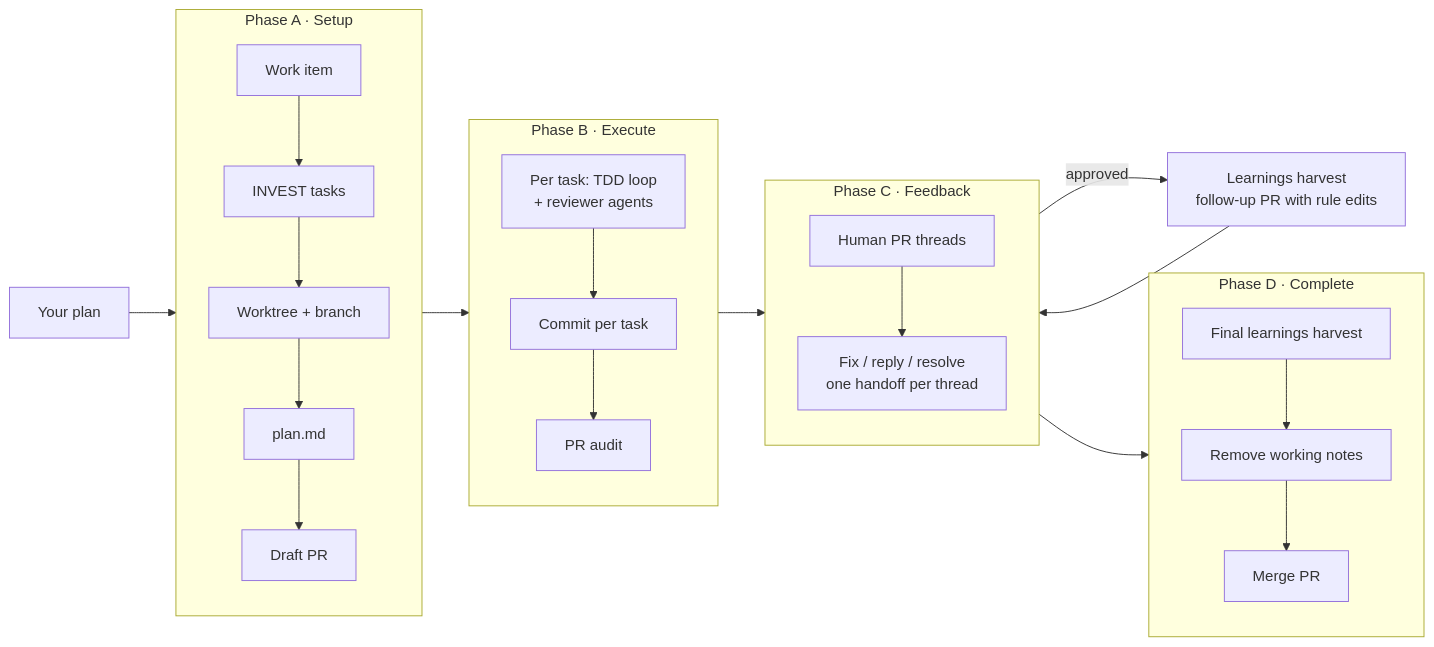
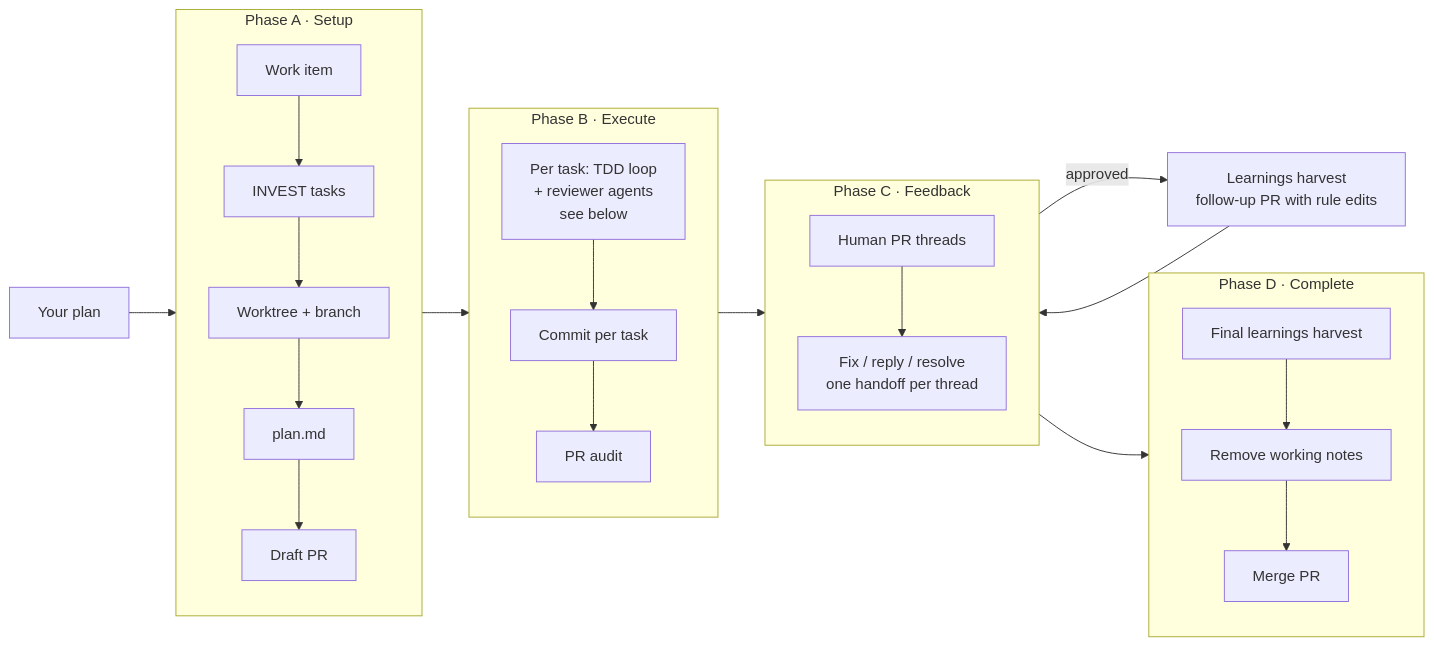
One commit to josemarcilio/skills changed the first of 2 diagrams in skills/engineering/dev-workflow/README.md. Above: the diagram before and after it, drawn with Mermaid. The commit also changed other lines of this file, not shown here.

First line of the commit message:
Diagram the TDD and review loop inside one task in dev-workflow README

````diff
--- a/skills/engineering/dev-workflow/README.md
+++ b/skills/engineering/dev-workflow/README.md
@@ -77,21 +77,21 @@
 ```mermaid
 flowchart LR
     P[Your plan] --> A
     subgraph A [Phase A · Setup]
         A1[Work item] --> A2[INVEST tasks] --> A3[Worktree + branch] --> A4[plan.md] --> A5[Draft PR]
     end
     A --> B
     subgraph B [Phase B · Execute]
-        B1[Per task: TDD loop<br/>+ reviewer agents] --> B2[Commit per task] --> B3[PR audit]
+        B1[Per task: TDD loop<br/>+ reviewer agents<br/>see below] --> B2[Commit per task] --> B3[PR audit]
     end
     B --> C
     subgraph C [Phase C · Feedback]
         C1[Human PR threads] --> C2[Fix / reply / resolve<br/>one handoff per thread]
     end
     C -- approved --> L
     L[Learnings harvest<br/>follow-up PR with rule edits] --> C
     C --> D
     subgraph D [Phase D · Complete]
         D0[Final learnings harvest] --> D1[Remove working notes] --> D2[Merge PR]
     end
 ```
````
